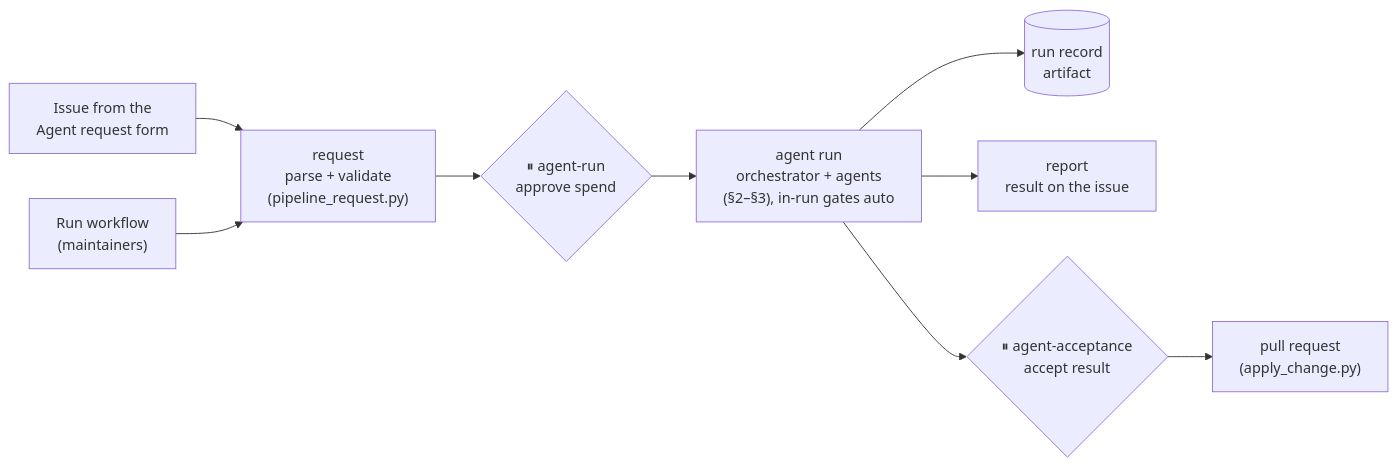
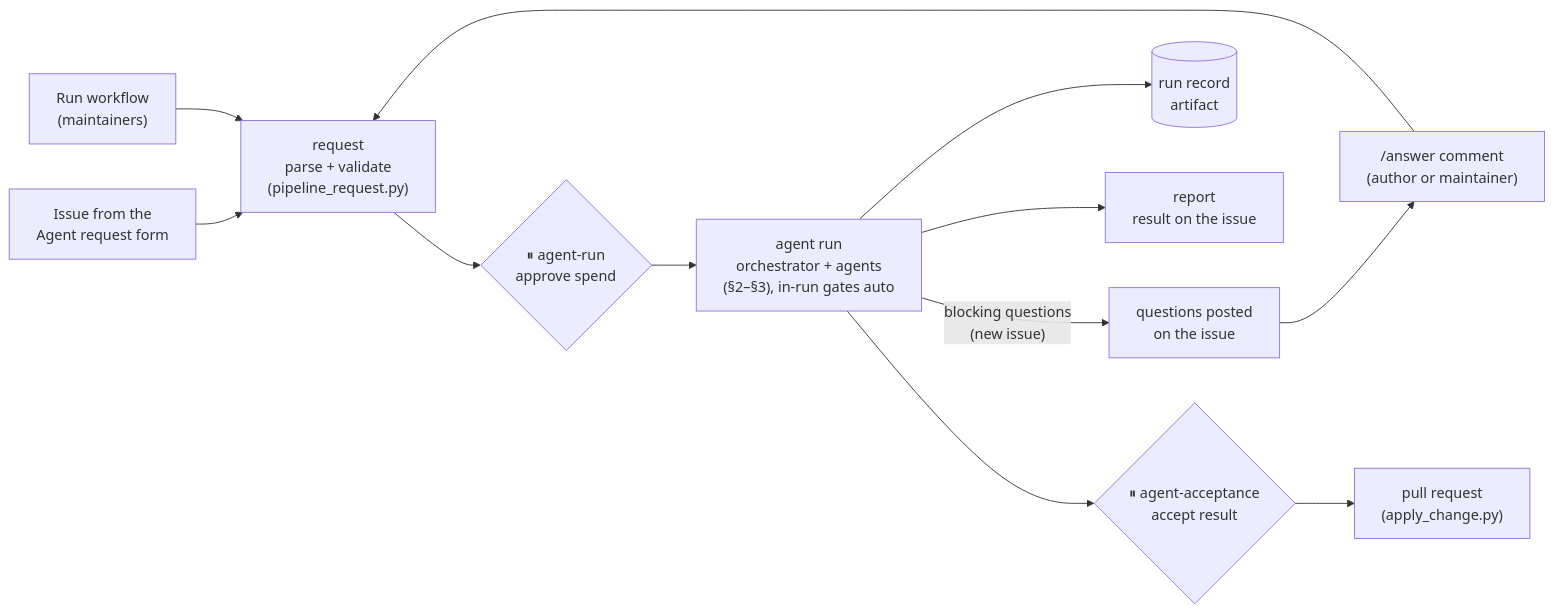
One commit to ummarvali/AgenticSoftware changed the third of 3 diagrams in docs/ARCHITECTURE.md. Above: the diagram before and after it, drawn with Mermaid. The commit also changed other lines of this file and 12 other files, not shown here.

Commit message:
Pipeline: ask blocking questions on the issue; /answer comment starts the build

````diff
--- a/docs/ARCHITECTURE.md
+++ b/docs/ARCHITECTURE.md
@@ -187,11 +187,14 @@
 ```mermaid
 flowchart LR
     ISS["Issue from the<br/>Agent request form"] --> REQ["request<br/>parse + validate<br/>(pipeline_request.py)"]
     DISP["Run workflow<br/>(maintainers)"] --> REQ
     REQ --> G1{"⏸ agent-run<br/>approve spend"}
     G1 --> RUN["agent run<br/>orchestrator + agents<br/>(§2–§3), in-run gates auto"]
+    RUN -- "blocking questions<br/>(new issue)" --> ASK["questions posted<br/>on the issue"]
+    ASK --> ANS["/answer comment<br/>(author or maintainer)"]
+    ANS --> REQ
     RUN --> ART[("run record<br/>artifact")]
     RUN --> REP["report<br/>result on the issue"]
     RUN --> G2{"⏸ agent-acceptance<br/>accept result"}
     G2 --> PR["pull request<br/>(apply_change.py)"]
 ```
````
